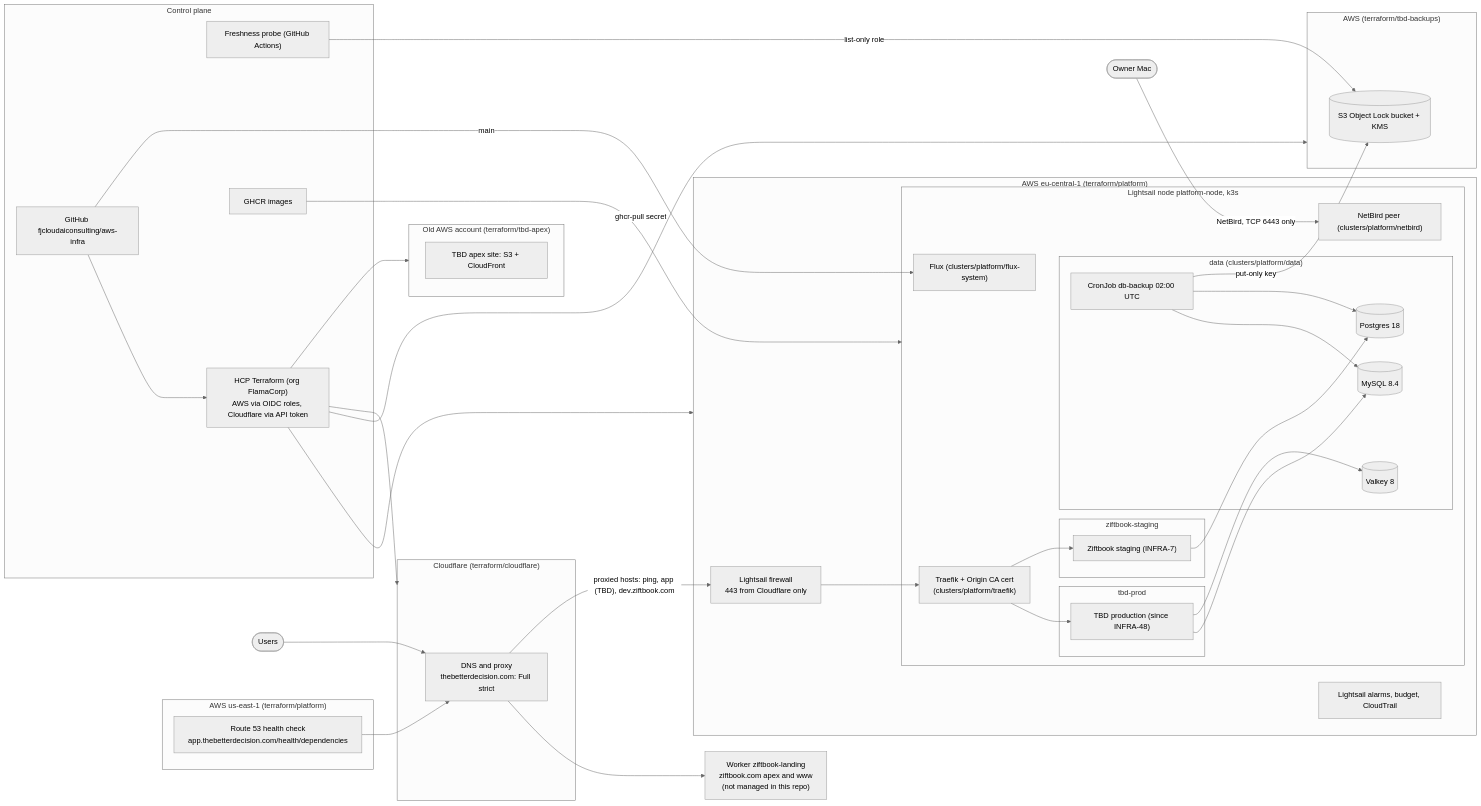
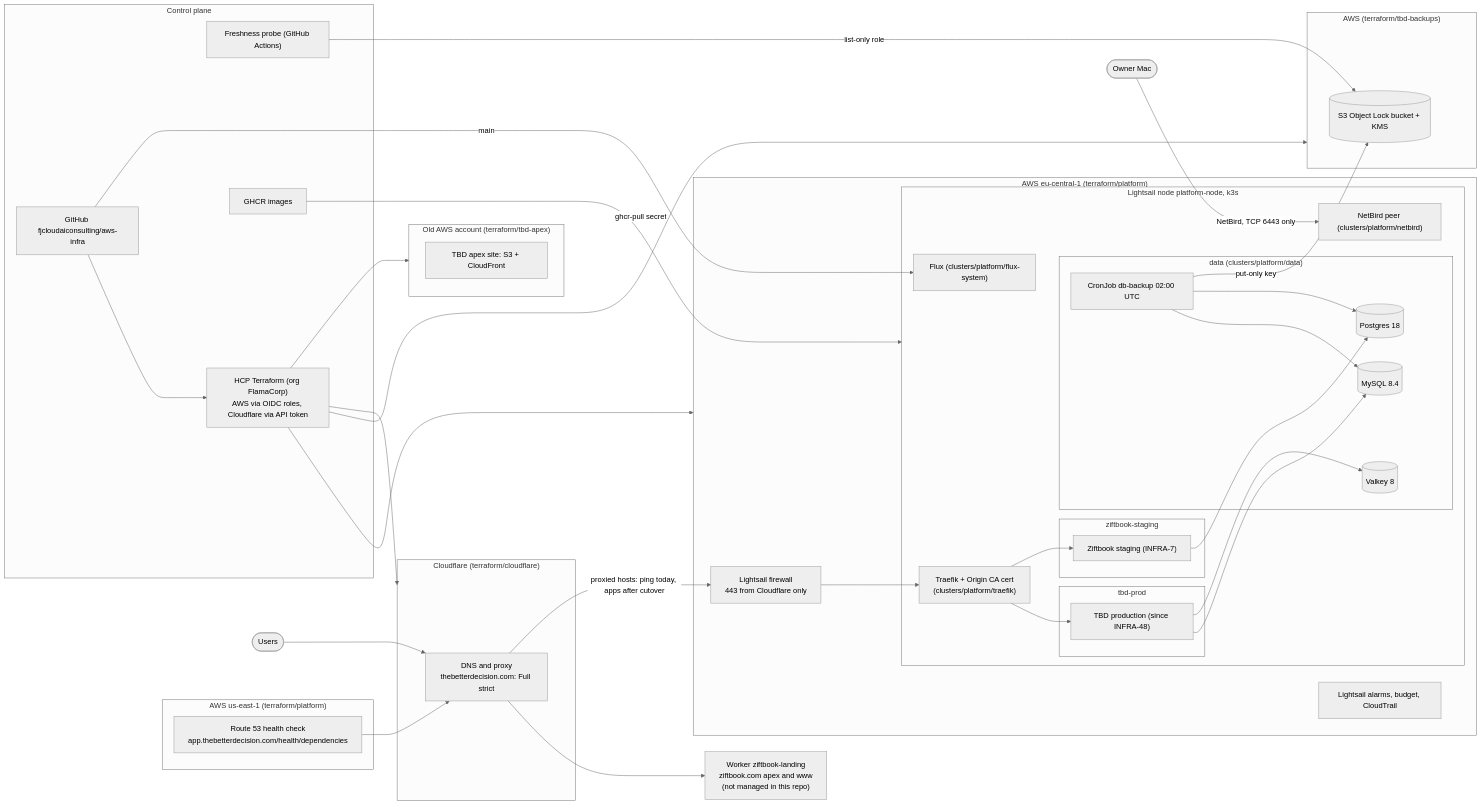
One commit to fjcloudaiconsulting/aws-infra changed the diagram in docs/architecture.md. Above: the diagram before and after it, drawn with Mermaid (neutral theme). The commit also changed other lines of this file and 3 other files, not shown here.

Commit message:
revert(cloudflare): app.thebetterdecision.com back to DigitalOcean, scheduler off (INFRA-48)

````diff
--- a/docs/architecture.md
+++ b/docs/architecture.md
@@ -7,63 +7,63 @@
 ```mermaid
 flowchart LR
   user([Users]) --> cf
 
   subgraph cloudflare["Cloudflare (terraform/cloudflare)"]
     cf["DNS and proxy<br/>thebetterdecision.com: Full strict"]
   end
   worker["Worker ziftbook-landing<br/>ziftbook.com apex and www<br/>(not managed in this repo)"]
   cf --> worker
 
   subgraph aws_platform["AWS eu-central-1 (terraform/platform)"]
     fw["Lightsail firewall<br/>443 from Cloudflare only"]
     subgraph node["Lightsail node platform-node, k3s"]
       traefik["Traefik + Origin CA cert<br/>(clusters/platform/traefik)"]
       subgraph ns_tbd["tbd-prod"]
         tbdapp["TBD production (since INFRA-48)"]
       end
       subgraph ns_zif["ziftbook-staging"]
         zifapp["Ziftbook staging (INFRA-7)"]
       end
       subgraph ns_data["data (clusters/platform/data)"]
         mysql[("MySQL 8.4")]
         postgres[("Postgres 18")]
         valkey[("Valkey 8")]
         backup["CronJob db-backup 02:00 UTC"]
       end
       flux["Flux (clusters/platform/flux-system)"]
       netbird["NetBird peer (clusters/platform/netbird)"]
     end
     alarms["Lightsail alarms, budget, CloudTrail"]
   end
-  cf -->|"proxied hosts: ping, app (TBD), dev.ziftbook.com"| fw --> traefik
+  cf -->|"proxied hosts: ping today, apps after cutover"| fw --> traefik
   traefik --> tbdapp & zifapp
   tbdapp --> mysql & valkey
   zifapp --> postgres
   backup --> mysql & postgres
 
   subgraph aws_backups["AWS (terraform/tbd-backups)"]
     bucket[("S3 Object Lock bucket + KMS")]
   end
   backup -->|"put-only key"| bucket
   probe -->|"list-only role"| bucket
 
   subgraph useast["AWS us-east-1 (terraform/platform)"]
     hc["Route 53 health check<br/>app.thebetterdecision.com/health/dependencies"]
   end
   hc --> cf
 
   subgraph oldacct["Old AWS account (terraform/tbd-apex)"]
     apex["TBD apex site: S3 + CloudFront"]
   end
 
   subgraph control["Control plane"]
     gh["GitHub fjcloudaiconsulting/aws-infra"]
     tfc["HCP Terraform (org FlamaCorp)<br/>AWS via OIDC roles, Cloudflare via API token"]
     ghcr["GHCR images"]
     probe["Freshness probe (GitHub Actions)"]
   end
   gh --> tfc --> aws_platform & aws_backups & cloudflare & oldacct
   gh -->|"main"| flux
   ghcr -->|"ghcr-pull secret"| node
   owner([Owner Mac]) -->|"NetBird, TCP 6443 only"| netbird
 ```
````
